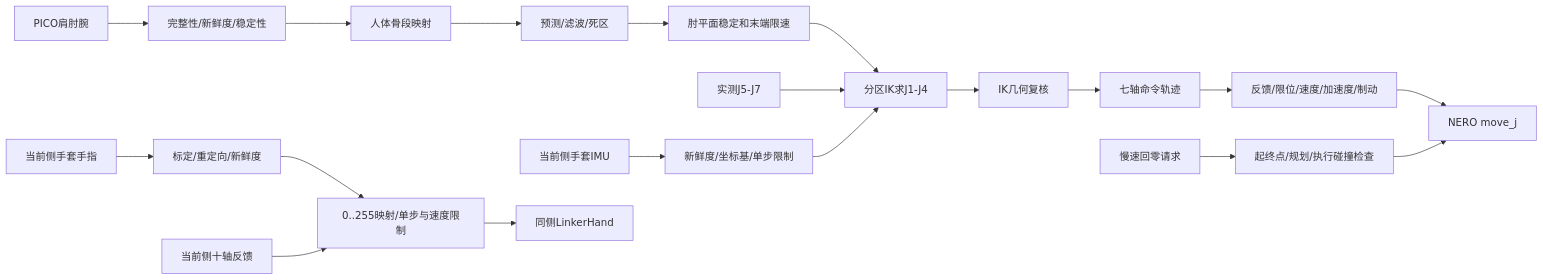
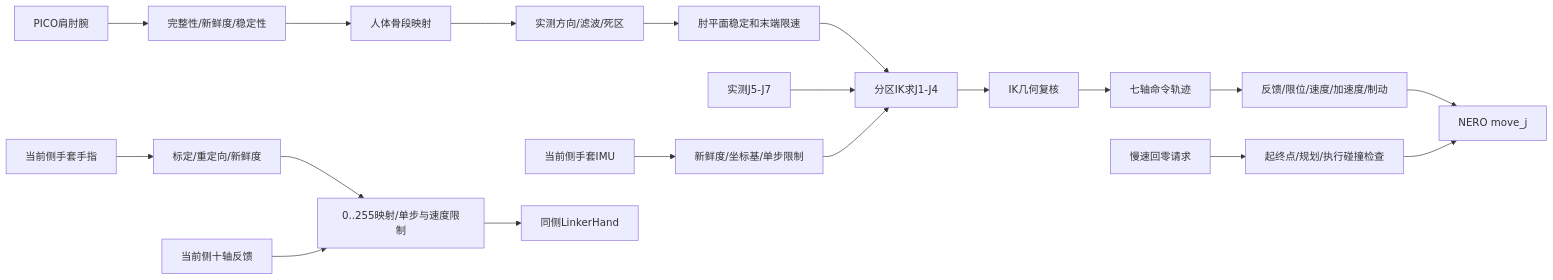
The diagram in teleoperation/TELEOPERATION_RUNTIME_LOGIC.md (SaluteYan/esrobo), drawn with Mermaid before and after one commit. The commit also changed other lines of this file and 121 other files, not shown here.

````diff
--- a/teleoperation/TELEOPERATION_RUNTIME_LOGIC.md
+++ b/teleoperation/TELEOPERATION_RUNTIME_LOGIC.md
@@ -174,21 +182,21 @@
 ```mermaid
 flowchart LR
     A[PICO肩肘腕] --> B[完整性/新鲜度/稳定性]
     B --> C[人体骨段映射]
-    C --> D[预测/滤波/死区]
+    C --> D[实测方向/滤波/死区]
     D --> E[肘平面稳定和末端限速]
     E --> F[分区IK求J1-J4]
     G[实测J5-J7] --> F
     M[当前侧手套IMU] --> N[新鲜度/坐标基/单步限制]
     N --> F
     F --> H[IK几何复核]
     H --> I[七轴命令轨迹]
     I --> J[反馈/限位/速度/加速度/制动]
     J --> L[NERO move_j]
     R[慢速回零请求] --> K[起终点/规划/执行碰撞检查]
     K --> L
     S[当前侧手套手指] --> T[标定/重定向/新鲜度]
     T --> U[0..255映射/单步与速度限制]
     V[当前侧十轴反馈] --> U
     U --> W[同侧LinkerHand]
 ```
````
